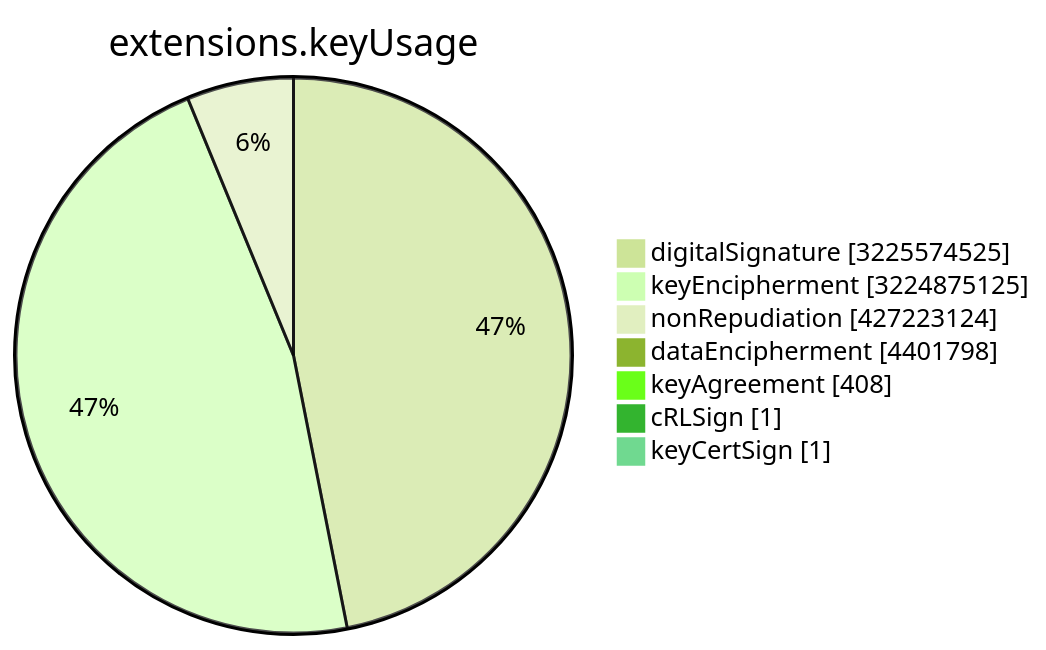
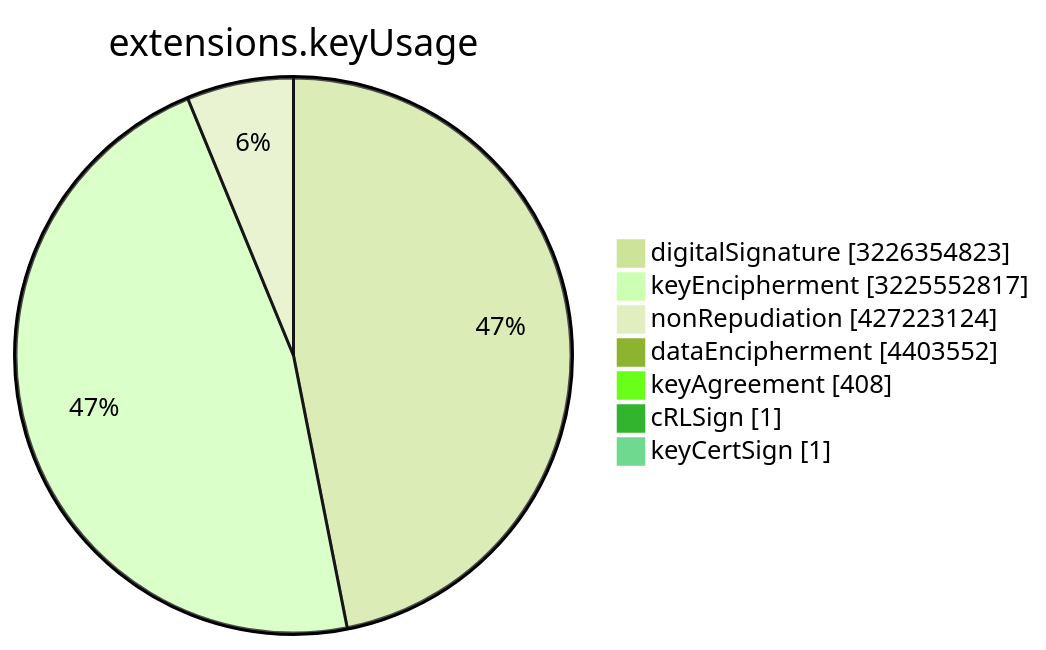
One commit to christiankrug/ctmonitor_visualization changed the sixth of 15 diagrams in TOTAL/README.md. Above: the diagram before and after it, drawn with Mermaid (forest theme). The commit also changed other lines of this file, not shown here.

````diff
--- a/TOTAL/README.md
+++ b/TOTAL/README.md
@@ -3077,11 +3077,11 @@
 ```mermaid
 pie showData
 title extensions.keyUsage
-"digitalSignature" :3225574525
-"keyEncipherment" :3224875125
+"digitalSignature" :3226354823
+"keyEncipherment" :3225552817
 "nonRepudiation" :427223124
-"dataEncipherment" :4401798
+"dataEncipherment" :4403552
 "keyAgreement" :408
 "cRLSign" :1
 "keyCertSign" :1
 ```
````
